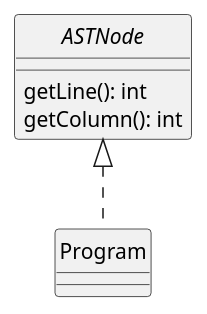
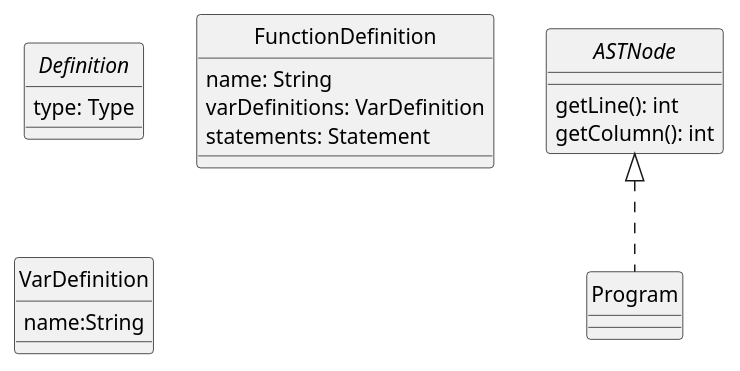
One commit to uo277440/dlp-compiler changed the diagram in docs/diagrams/program.plantuml. Above: the diagram before and after it, drawn with PlantUML. The commit also changed 7 other files, not shown here.

```diff
--- a/docs/diagrams/program.plantuml
+++ b/docs/diagrams/program.plantuml
@@ -1,15 +1,27 @@
 @startuml Program
 skinparam style strictuml
 skinparam monochrome true
 
 
 interface ASTNode {
     getLine(): int
     getColumn(): int
 }
 
 class Program
 
+interface Definition{
+type: Type
+}
+class FunctionDefinition{
+    name: String
+    varDefinitions: VarDefinition
+    statements: Statement
+}
+class VarDefinition{
+name:String
+}
+
 ASTNode <|.. Program
 
 @enduml
```
